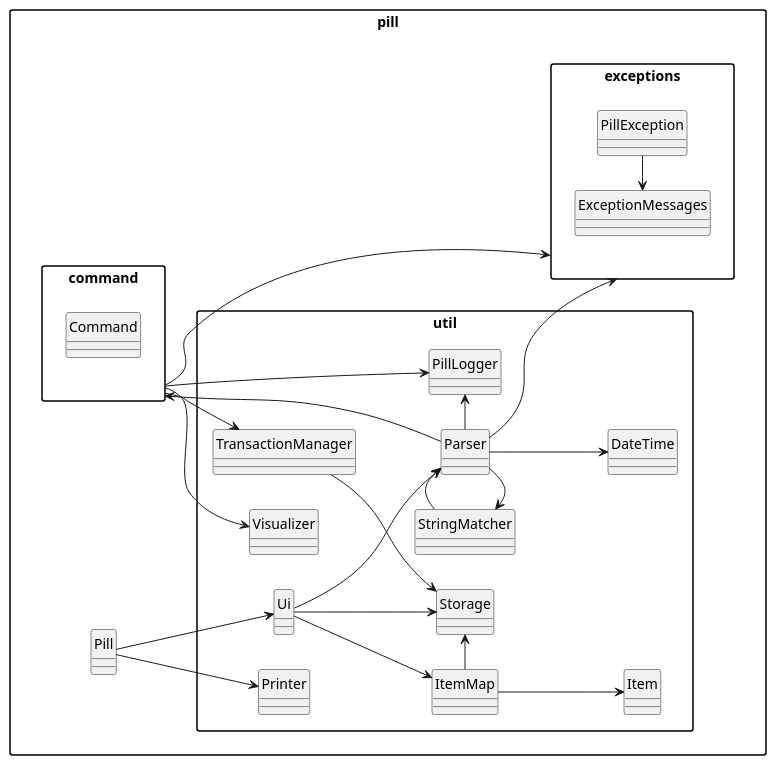
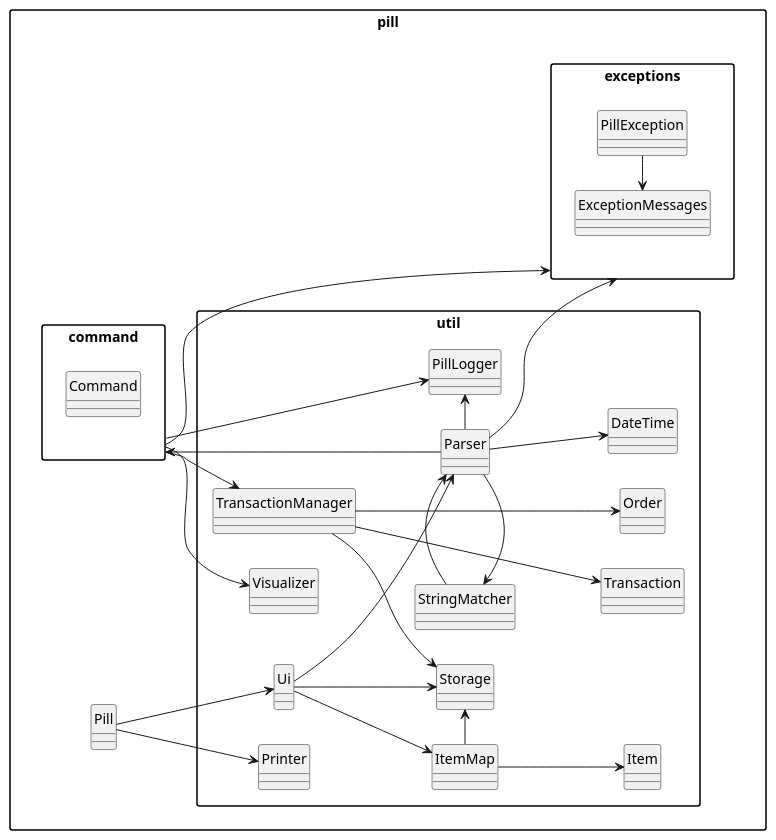
The diagram in docs/diagrams/High-Level-Overview.puml (yijiano/tp), drawn with PlantUML before and after one commit. The commit also changed 1 other file, not shown here.

```diff
--- a/docs/diagrams/High-Level-Overview.puml
+++ b/docs/diagrams/High-Level-Overview.puml
@@ -2,65 +2,69 @@
 @startuml
 
 hide circle
 skinparam packageStyle rectangle
 
 left to right direction
 
 package "pill" {
     class Pill
 
     package "util" {
         class Ui
         class Parser
         class StringMatcher
         class Printer
         class Storage
         class ItemMap
         class Item
         class DateTime
         class PillLogger
         class TransactionManager
+        class Order
+        class Transaction
         class Visualizer
     }
 
     package exceptions {
         class PillException
         class ExceptionMessages
     }
     package command {
         class Command
     }
 
 
 
     Pill --> Ui
     Pill --> Printer
 
 
     Ui --> Parser
     Ui --> ItemMap
     Ui --> Storage
     ItemMap --> Item
 
 
     Parser --> command
     Parser -up> StringMatcher
     Parser --> DateTime
     StringMatcher -> Parser
     Parser -> PillLogger
     command --> exceptions
     command --> TransactionManager
     command --> Visualizer
     command -> PillLogger
     Parser --> exceptions
 
     ItemMap -> Storage
     TransactionManager --> Storage
+    TransactionManager ---> Order
+    TransactionManager ---> Transaction
 
     PillException -left> ExceptionMessages
 
 }
 
 
 
 @enduml
```
